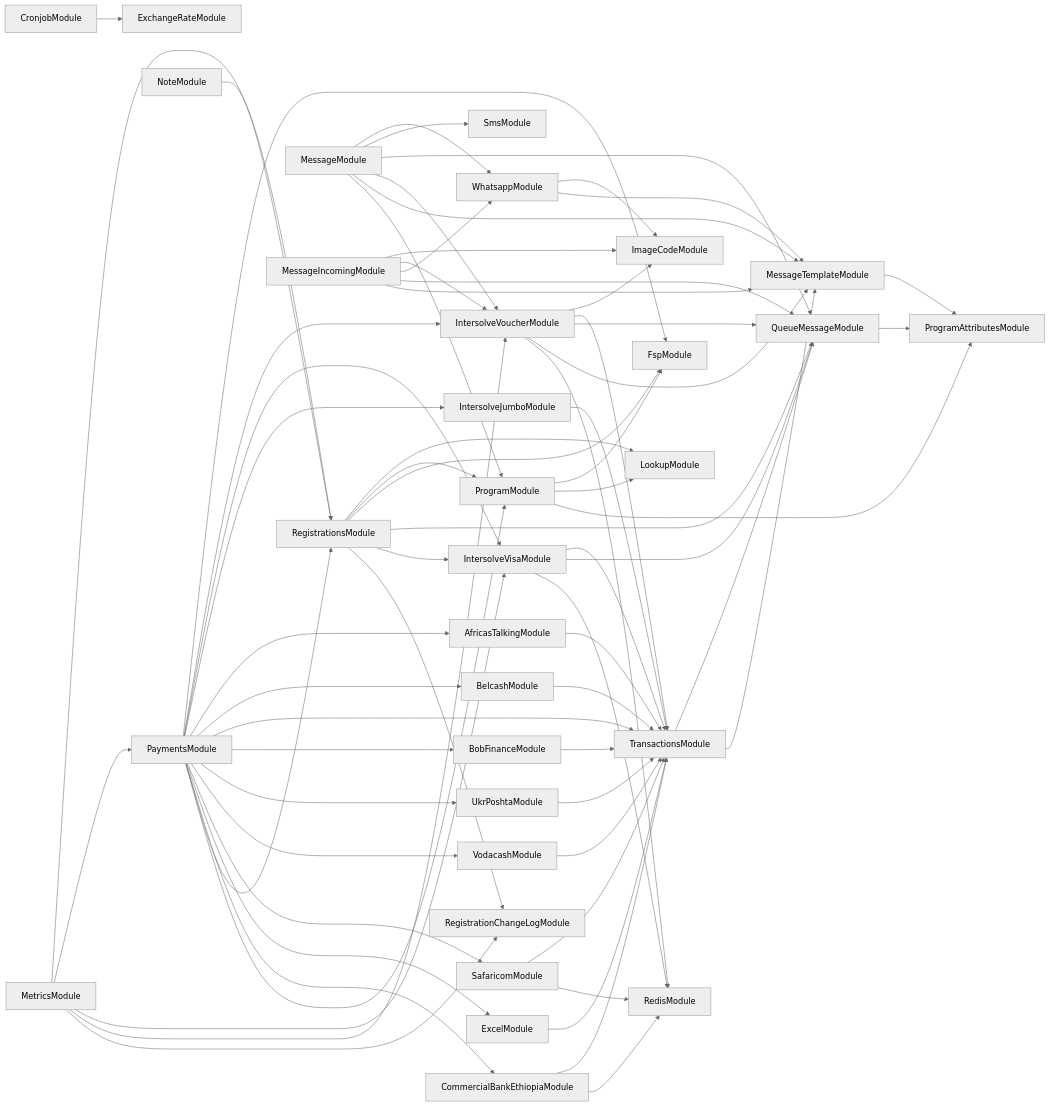
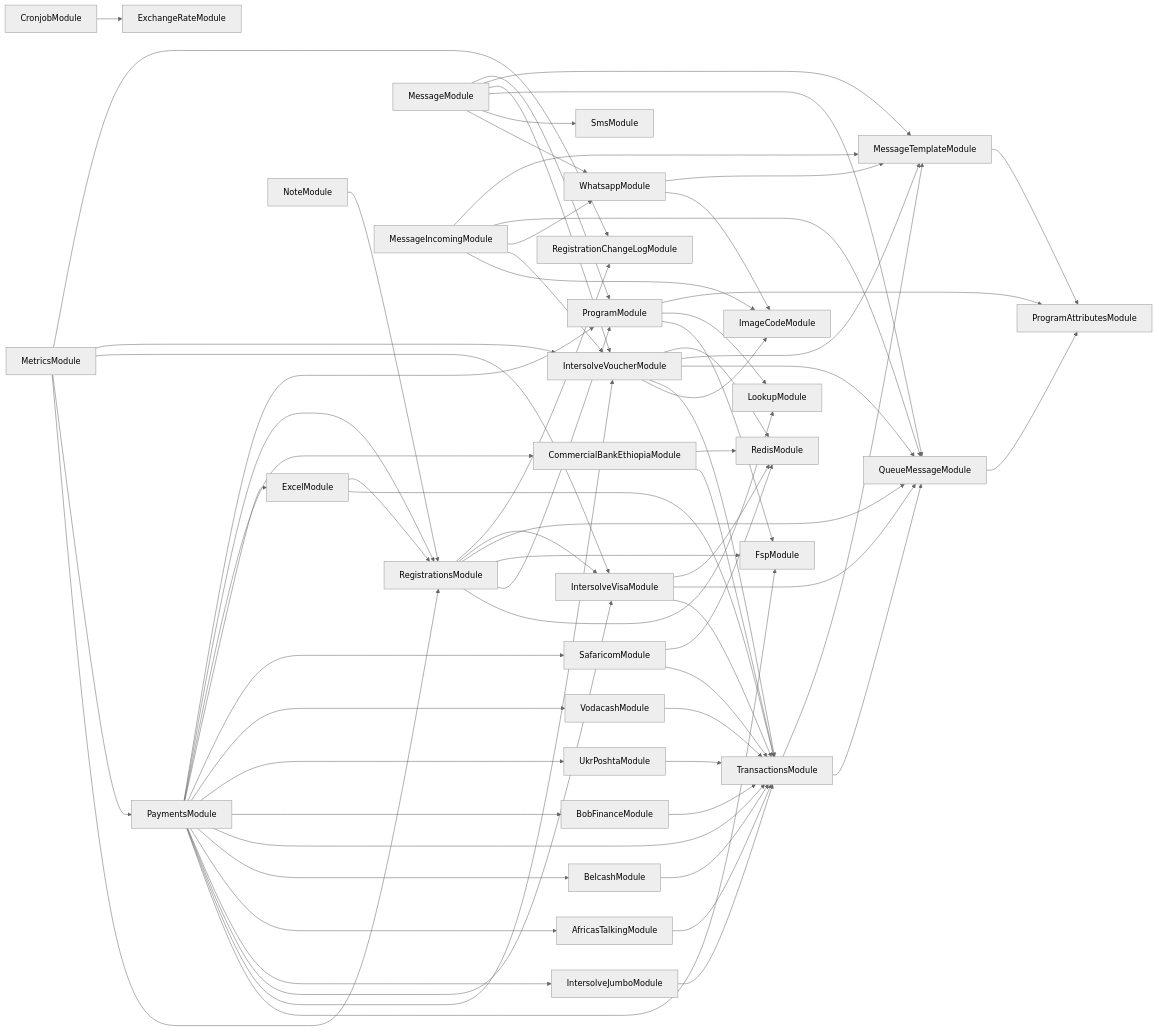
One commit to global-121/121-platform changed the diagram in services/121-service/module-dependencies.md. Above: the diagram before and after it, drawn with Mermaid (neutral theme). The commit also changed 8 other files, not shown here.

````diff
--- a/services/121-service/module-dependencies.md
+++ b/services/121-service/module-dependencies.md
@@ -3,70 +3,71 @@
 ```mermaid
 graph LR
   ProgramModule-->FspModule
   ProgramModule-->LookupModule
   ProgramModule-->ProgramAttributesModule
   MessageTemplateModule-->ProgramAttributesModule
   CronjobModule-->ExchangeRateModule
   RegistrationsModule-->LookupModule
   RegistrationsModule-->ProgramModule
   RegistrationsModule-->FspModule
   RegistrationsModule-->QueueMessageModule
   QueueMessageModule-->ProgramAttributesModule
   RegistrationsModule-->IntersolveVisaModule
   IntersolveVisaModule-->TransactionsModule
   TransactionsModule-->QueueMessageModule
   TransactionsModule-->MessageTemplateModule
   IntersolveVisaModule-->QueueMessageModule
   IntersolveVisaModule-->RedisModule
   RegistrationsModule-->RegistrationChangeLogModule
   MessageModule-->WhatsappModule
   WhatsappModule-->ImageCodeModule
   WhatsappModule-->MessageTemplateModule
   MessageModule-->SmsModule
   MessageModule-->QueueMessageModule
   MessageModule-->IntersolveVoucherModule
   IntersolveVoucherModule-->ImageCodeModule
   IntersolveVoucherModule-->TransactionsModule
   IntersolveVoucherModule-->QueueMessageModule
   IntersolveVoucherModule-->MessageTemplateModule
   IntersolveVoucherModule-->RedisModule
   MessageModule-->MessageTemplateModule
   MessageModule-->ProgramModule
   MetricsModule-->RegistrationsModule
   MetricsModule-->PaymentsModule
   PaymentsModule-->FspModule
   PaymentsModule-->IntersolveVoucherModule
   PaymentsModule-->IntersolveVisaModule
   PaymentsModule-->IntersolveJumboModule
   IntersolveJumboModule-->TransactionsModule
   PaymentsModule-->AfricasTalkingModule
   AfricasTalkingModule-->TransactionsModule
   PaymentsModule-->BelcashModule
   BelcashModule-->TransactionsModule
   PaymentsModule-->TransactionsModule
   PaymentsModule-->BobFinanceModule
   BobFinanceModule-->TransactionsModule
   PaymentsModule-->UkrPoshtaModule
   UkrPoshtaModule-->TransactionsModule
   PaymentsModule-->VodacashModule
   VodacashModule-->TransactionsModule
   PaymentsModule-->SafaricomModule
   SafaricomModule-->TransactionsModule
   SafaricomModule-->RedisModule
   PaymentsModule-->ExcelModule
   ExcelModule-->TransactionsModule
+  ExcelModule-->RegistrationsModule
   PaymentsModule-->CommercialBankEthiopiaModule
   CommercialBankEthiopiaModule-->TransactionsModule
   CommercialBankEthiopiaModule-->RedisModule
   PaymentsModule-->RegistrationsModule
   PaymentsModule-->ProgramModule
   MetricsModule-->IntersolveVisaModule
   MetricsModule-->IntersolveVoucherModule
   MetricsModule-->RegistrationChangeLogModule
   MessageIncomingModule-->ImageCodeModule
   MessageIncomingModule-->IntersolveVoucherModule
   MessageIncomingModule-->WhatsappModule
   MessageIncomingModule-->QueueMessageModule
   MessageIncomingModule-->MessageTemplateModule
   NoteModule-->RegistrationsModule
 ```
````
